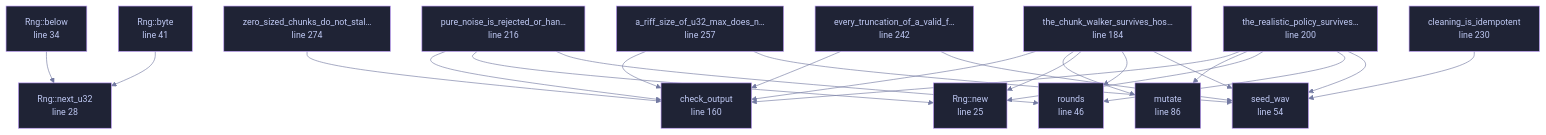
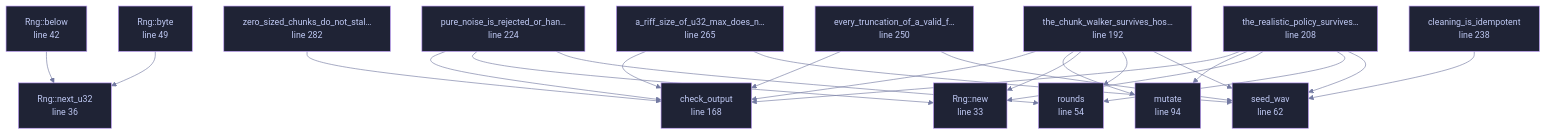
One commit to tilas01/veilvoice changed the diagram in docs/files/veilvoice-meta/tests-wav_fuzz.md. Above: the diagram before and after it, drawn with Mermaid. The commit also changed other lines of this file and 487 other files, not shown here.

````diff
--- a/docs/files/veilvoice-meta/tests-wav_fuzz.md
+++ b/docs/files/veilvoice-meta/tests-wav_fuzz.md
@@ -65,57 +74,57 @@
 ```mermaid
 %%{init: {"theme":"base","themeVariables":{"background":"#1a1b26","primaryColor":"#1f2335","primaryTextColor":"#c0caf5","primaryBorderColor":"#7aa2f7","secondaryColor":"#16161e","tertiaryColor":"#16161e","lineColor":"#737aa2","textColor":"#c0caf5","mainBkg":"#1f2335","nodeBorder":"#7aa2f7","clusterBkg":"#16161e","clusterBorder":"#2f3549","fontFamily":"ui-monospace, SFMono-Regular, Consolas, monospace","fontSize":"14px"}}}%%
 flowchart TD
-    n_new["Rng::new<br/>line 25"]
-    n_next_u32["Rng::next_u32<br/>line 28"]
-    n_below["Rng::below<br/>line 34"]
-    n_byte["Rng::byte<br/>line 41"]
-    n_rounds["rounds<br/>line 46"]
-    n_seed_wav["seed_wav<br/>line 54"]
-    n_mutate["mutate<br/>line 86"]
-    n_check_output["check_output<br/>line 160"]
-    n_the_chunk_walker_survives_hostile_input["the_chunk_walker_survives_hos…<br/>line 184"]
-    n_the_realistic_policy_survives_hostile_input["the_realistic_policy_survives…<br/>line 200"]
-    n_pure_noise_is_rejected_or_handled["pure_noise_is_rejected_or_han…<br/>line 216"]
-    n_cleaning_is_idempotent["cleaning_is_idempotent<br/>line 230"]
-    n_every_truncation_of_a_valid_file_is_handled["every_truncation_of_a_valid_f…<br/>line 242"]
-    n_a_riff_size_of_u32_max_does_not_overflow_the_length_arithmetic["a_riff_size_of_u32_max_does_n…<br/>line 257"]
-    n_zero_sized_chunks_do_not_stall_the_walker["zero_sized_chunks_do_not_stal…<br/>line 274"]
+    n_new["Rng::new<br/>line 33"]
+    n_next_u32["Rng::next_u32<br/>line 36"]
+    n_below["Rng::below<br/>line 42"]
+    n_byte["Rng::byte<br/>line 49"]
+    n_rounds["rounds<br/>line 54"]
+    n_seed_wav["seed_wav<br/>line 62"]
+    n_mutate["mutate<br/>line 94"]
+    n_check_output["check_output<br/>line 168"]
+    n_the_chunk_walker_survives_hostile_input["the_chunk_walker_survives_hos…<br/>line 192"]
+    n_the_realistic_policy_survives_hostile_input["the_realistic_policy_survives…<br/>line 208"]
+    n_pure_noise_is_rejected_or_handled["pure_noise_is_rejected_or_han…<br/>line 224"]
+    n_cleaning_is_idempotent["cleaning_is_idempotent<br/>line 238"]
+    n_every_truncation_of_a_valid_file_is_handled["every_truncation_of_a_valid_f…<br/>line 250"]
+    n_a_riff_size_of_u32_max_does_not_overflow_the_length_arithmetic["a_riff_size_of_u32_max_does_n…<br/>line 265"]
+    n_zero_sized_chunks_do_not_stall_the_walker["zero_sized_chunks_do_not_stal…<br/>line 282"]
     n_a_riff_size_of_u32_max_does_not_overflow_the_length_arithmetic --> n_check_output
     n_a_riff_size_of_u32_max_does_not_overflow_the_length_arithmetic --> n_seed_wav
     n_below --> n_next_u32
     n_byte --> n_next_u32
     n_cleaning_is_idempotent --> n_seed_wav
     n_every_truncation_of_a_valid_file_is_handled --> n_check_output
     n_every_truncation_of_a_valid_file_is_handled --> n_seed_wav
     n_pure_noise_is_rejected_or_handled --> n_check_output
     n_pure_noise_is_rejected_or_handled --> n_new
     n_pure_noise_is_rejected_or_handled --> n_rounds
     n_the_chunk_walker_survives_hostile_input --> n_check_output
     n_the_chunk_walker_survives_hostile_input --> n_mutate
     n_the_chunk_walker_survives_hostile_input --> n_new
     n_the_chunk_walker_survives_hostile_input --> n_rounds
     n_the_chunk_walker_survives_hostile_input --> n_seed_wav
     n_the_realistic_policy_survives_hostile_input --> n_check_output
     n_the_realistic_policy_survives_hostile_input --> n_mutate
     n_the_realistic_policy_survives_hostile_input --> n_new
     n_the_realistic_policy_survives_hostile_input --> n_rounds
     n_the_realistic_policy_survives_hostile_input --> n_seed_wav
     n_zero_sized_chunks_do_not_stall_the_walker --> n_check_output
-    click n_new href "https://github.com/tilas01/veilvoice/blob/main/crates/veilvoice-meta/tests/wav_fuzz.rs#L25" "open the source"
-    click n_next_u32 href "https://github.com/tilas01/veilvoice/blob/main/crates/veilvoice-meta/tests/wav_fuzz.rs#L28" "open the source"
-    click n_below href "https://github.com/tilas01/veilvoice/blob/main/crates/veilvoice-meta/tests/wav_fuzz.rs#L34" "open the source"
-    click n_byte href "https://github.com/tilas01/veilvoice/blob/main/crates/veilvoice-meta/tests/wav_fuzz.rs#L41" "open the source"
-    click n_rounds href "https://github.com/tilas01/veilvoice/blob/main/crates/veilvoice-meta/tests/wav_fuzz.rs#L46" "open the source"
-    click n_seed_wav href "https://github.com/tilas01/veilvoice/blob/main/crates/veilvoice-meta/tests/wav_fuzz.rs#L54" "open the source"
-    click n_mutate href "https://github.com/tilas01/veilvoice/blob/main/crates/veilvoice-meta/tests/wav_fuzz.rs#L86" "open the source"
-    click n_check_output href "https://github.com/tilas01/veilvoice/blob/main/crates/veilvoice-meta/tests/wav_fuzz.rs#L160" "open the source"
-    click n_the_chunk_walker_survives_hostile_input href "https://github.com/tilas01/veilvoice/blob/main/crates/veilvoice-meta/tests/wav_fuzz.rs#L184" "open the source"
-    click n_the_realistic_policy_survives_hostile_input href "https://github.com/tilas01/veilvoice/blob/main/crates/veilvoice-meta/tests/wav_fuzz.rs#L200" "open the source"
-    click n_pure_noise_is_rejected_or_handled href "https://github.com/tilas01/veilvoice/blob/main/crates/veilvoice-meta/tests/wav_fuzz.rs#L216" "open the source"
-    click n_cleaning_is_idempotent href "https://github.com/tilas01/veilvoice/blob/main/crates/veilvoice-meta/tests/wav_fuzz.rs#L230" "open the source"
-    click n_every_truncation_of_a_valid_file_is_handled href "https://github.com/tilas01/veilvoice/blob/main/crates/veilvoice-meta/tests/wav_fuzz.rs#L242" "open the source"
-    click n_a_riff_size_of_u32_max_does_not_overflow_the_length_arithmetic href "https://github.com/tilas01/veilvoice/blob/main/crates/veilvoice-meta/tests/wav_fuzz.rs#L257" "open the source"
-    click n_zero_sized_chunks_do_not_stall_the_walker href "https://github.com/tilas01/veilvoice/blob/main/crates/veilvoice-meta/tests/wav_fuzz.rs#L274" "open the source"
+    click n_new href "https://github.com/tilas01/veilvoice/blob/main/crates/veilvoice-meta/tests/wav_fuzz.rs#L33" "open the source"
+    click n_next_u32 href "https://github.com/tilas01/veilvoice/blob/main/crates/veilvoice-meta/tests/wav_fuzz.rs#L36" "open the source"
+    click n_below href "https://github.com/tilas01/veilvoice/blob/main/crates/veilvoice-meta/tests/wav_fuzz.rs#L42" "open the source"
+    click n_byte href "https://github.com/tilas01/veilvoice/blob/main/crates/veilvoice-meta/tests/wav_fuzz.rs#L49" "open the source"
+    click n_rounds href "https://github.com/tilas01/veilvoice/blob/main/crates/veilvoice-meta/tests/wav_fuzz.rs#L54" "open the source"
+    click n_seed_wav href "https://github.com/tilas01/veilvoice/blob/main/crates/veilvoice-meta/tests/wav_fuzz.rs#L62" "open the source"
+    click n_mutate href "https://github.com/tilas01/veilvoice/blob/main/crates/veilvoice-meta/tests/wav_fuzz.rs#L94" "open the source"
+    click n_check_output href "https://github.com/tilas01/veilvoice/blob/main/crates/veilvoice-meta/tests/wav_fuzz.rs#L168" "open the source"
+    click n_the_chunk_walker_survives_hostile_input href "https://github.com/tilas01/veilvoice/blob/main/crates/veilvoice-meta/tests/wav_fuzz.rs#L192" "open the source"
+    click n_the_realistic_policy_survives_hostile_input href "https://github.com/tilas01/veilvoice/blob/main/crates/veilvoice-meta/tests/wav_fuzz.rs#L208" "open the source"
+    click n_pure_noise_is_rejected_or_handled href "https://github.com/tilas01/veilvoice/blob/main/crates/veilvoice-meta/tests/wav_fuzz.rs#L224" "open the source"
+    click n_cleaning_is_idempotent href "https://github.com/tilas01/veilvoice/blob/main/crates/veilvoice-meta/tests/wav_fuzz.rs#L238" "open the source"
+    click n_every_truncation_of_a_valid_file_is_handled href "https://github.com/tilas01/veilvoice/blob/main/crates/veilvoice-meta/tests/wav_fuzz.rs#L250" "open the source"
+    click n_a_riff_size_of_u32_max_does_not_overflow_the_length_arithmetic href "https://github.com/tilas01/veilvoice/blob/main/crates/veilvoice-meta/tests/wav_fuzz.rs#L265" "open the source"
+    click n_zero_sized_chunks_do_not_stall_the_walker href "https://github.com/tilas01/veilvoice/blob/main/crates/veilvoice-meta/tests/wav_fuzz.rs#L282" "open the source"
     classDef helper fill:#1f2335,stroke:#bb9af7,color:#c0caf5
     class n_new,n_next_u32,n_below,n_byte,n_rounds,n_seed_wav,n_mutate,n_check_output,n_the_chunk_walker_survives_hostile_input,n_the_realistic_policy_survives_hostile_input,n_pure_noise_is_rejected_or_handled,n_cleaning_is_idempotent,n_every_truncation_of_a_valid_file_is_handled,n_a_riff_size_of_u32_max_does_not_overflow_the_length_arithmetic,n_zero_sized_chunks_do_not_stall_the_walker helper
 ```
````
